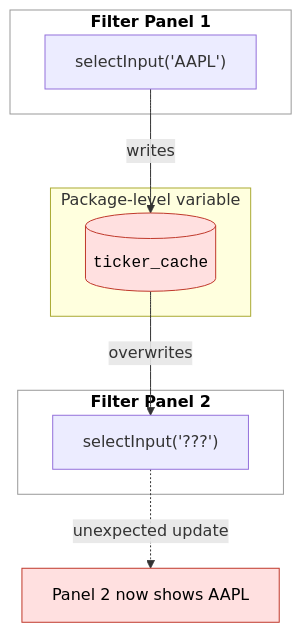
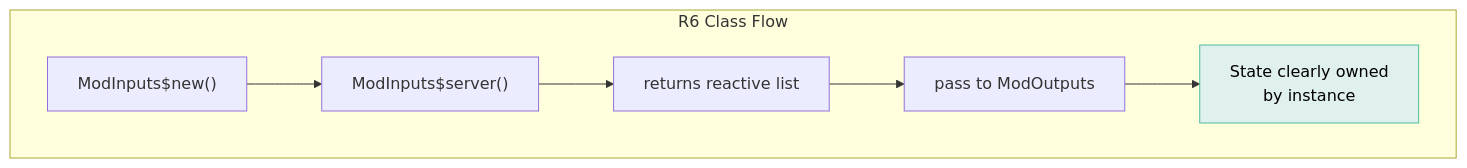
One commit to mjfrigaard/mjfrigaard.github.io changed the fourth of 8 diagrams in posts/shiny-r6/index.qmd. Above: the diagram before and after it, drawn with Mermaid. The commit also changed other lines of this file and 9 other files, not shown here.

````diff
--- a/posts/shiny-r6/index.qmd
+++ b/posts/shiny-r6/index.qmd
@@ -181,29 +277,23 @@
 ```{mermaid}
 %%| eval: true
 %%| fig-align: 'center'
-%%| fig-caption: 'Leaked State Between Module Instances'
+%%| fig-caption: 'State Flow: R6'
 %%| echo: false
 %%{init: {'theme': 'base', 'themeVariables': { 'fontFamily': 'monospace', "darkMode":true}}}}%%
 
 flowchart TD
-    subgraph Panel1["<strong>Filter Panel 1</strong>"]
-        Select1["selectInput('AAPL')"]
+
+    subgraph R6Flow["R6 Class Flow"]
+        MI["ModInputs$new()"]
+        MS["ModInputs$server()"]
+        MReact["returns reactive list"]
+        MPass["pass to ModOutputs"]
+        MOwn["State clearly owned<br/>by instance"]
     end
 
-    subgraph Panel2["<strong>Filter Panel 2</strong>"]
-        Select2["selectInput('???')"]
-    end
+    MI --> MS --> MReact --> MPass
+    MPass --> MOwn
 
-    subgraph Leak["Package-level variable"]
-        Shared[("<code>ticker_cache</code>")]
-    end
-
-    Select1 -->|"writes"| Shared
-    Shared -->|"overwrites"| Select2
-    Select2 -.->|"unexpected update"| Broken["Panel 2 now shows AAPL"]
-
-    style Panel1 fill:#FFFFFF,color:#000000,stroke:#999
-    style Panel2 fill:#FFFFFF,color:#000000,stroke:#999
-    style Shared fill:#FFE0E0,color:#000000,stroke:#c0392b
-    style Broken fill:#FFE0E0,color:#000000,stroke:#c0392b
+    style MOwn fill:#E0F0ED,color:#000000,stroke:#4CBB9D
+    
 ```
````
